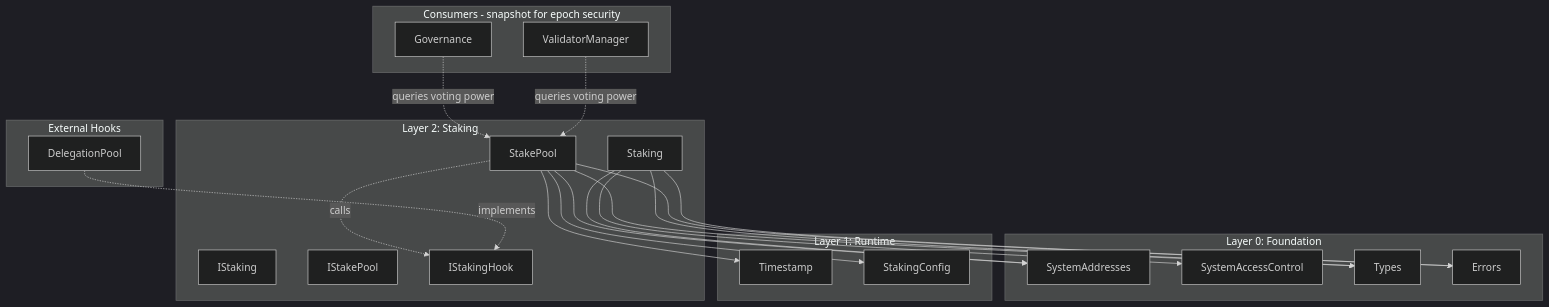
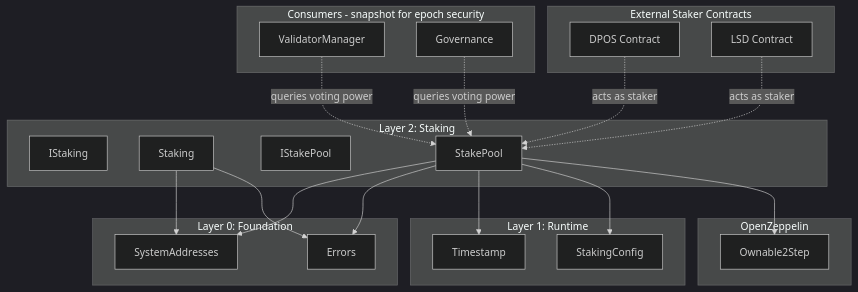
One commit to Galxe/gravity_chain_core_contracts changed the first of 2 diagrams in spec_v2/staking.spec.md. Above: the diagram before and after it, drawn with Mermaid (dark theme). The commit also changed other lines of this file and 11 other files, not shown here.

````diff
--- a/spec_v2/staking.spec.md
+++ b/spec_v2/staking.spec.md
@@ -78,48 +76,48 @@
 ```mermaid
 graph TD
     subgraph Foundation[Layer 0: Foundation]
         SA[SystemAddresses]
-        SAC[SystemAccessControl]
-        T[Types]
         E[Errors]
     end
 
     subgraph Runtime[Layer 1: Runtime]
         TS[Timestamp]
         SC[StakingConfig]
     end
 
+    subgraph OpenZeppelin[OpenZeppelin]
+        OZ[Ownable2Step]
+    end
+
     subgraph Staking[Layer 2: Staking]
         IS[IStaking]
         S[Staking]
         ISP[IStakePool]
         SP[StakePool]
-        ISH[IStakingHook]
     end
 
     subgraph Consumers[Consumers - snapshot for epoch security]
         VM[ValidatorManager]
         GOV[Governance]
     end
 
-    subgraph ExternalHooks[External Hooks]
-        DP[DelegationPool]
+    subgraph ExternalStakers[External Staker Contracts]
+        DPOS[DPOS Contract]
+        LSD[LSD Contract]
     end
 
     S --> SA
-    S --> SAC
-    S --> T
     S --> E
 
     SP --> SA
-    SP --> T
     SP --> E
     SP --> TS
     SP --> SC
+    SP --> OZ
 
     VM -.->|queries voting power| SP
     GOV -.->|queries voting power| SP
 
-    DP -.->|implements| ISH
-    SP -.->|calls| ISH
+    DPOS -.->|acts as staker| SP
+    LSD -.->|acts as staker| SP
 ```
````
